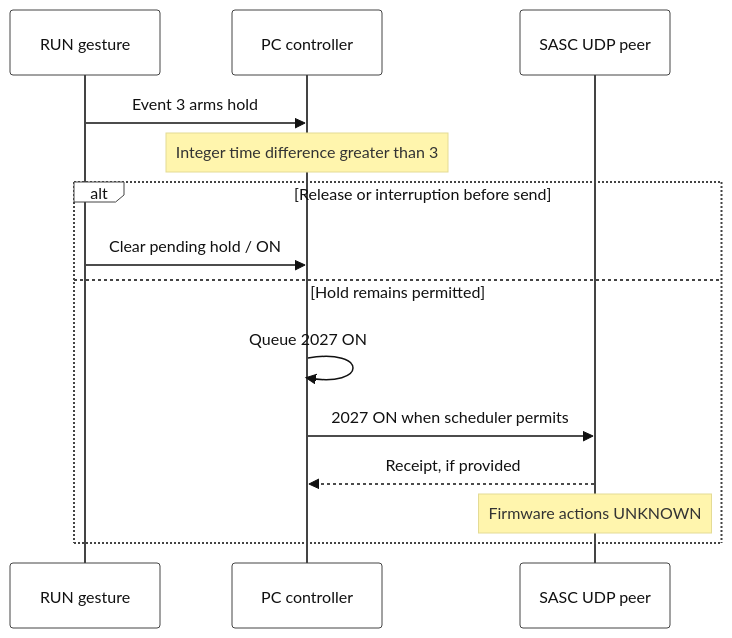
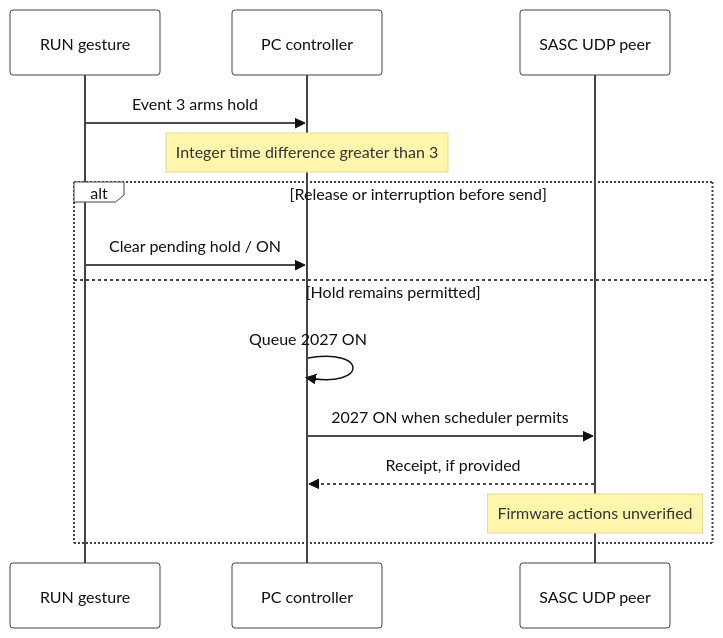
The second of 3 diagrams in docs/spitfire_control_flow/04_communication_sequence.md (El-Carretero/PY_SPF), drawn with Mermaid before and after one commit. The commit also changed other lines of this file and 150 other files, not shown here.

Commit message:
docs: simplify control diagrams and publish matching Korean edition

````diff
--- a/docs/spitfire_control_flow/04_communication_sequence.md
+++ b/docs/spitfire_control_flow/04_communication_sequence.md
@@ -84,18 +84,18 @@
 ```mermaid
 %% caption: Figure 4B. B — RUN request versus manufacturer start sequence
 %%{init: {'theme':'base','themeVariables':{'fontSize':'18px','primaryColor':'#ffffff','primaryTextColor':'#111111','primaryBorderColor':'#444444','lineColor':'#444444'},'sequence':{'htmlLabels':false,'actorMargin':30,'messageMargin':18}}}%%
 sequenceDiagram
     participant UI as RUN gesture
     participant PC as PC controller
     participant S as SASC UDP peer
     UI->>PC: Event 3 arms hold
     Note over PC: Integer time difference greater than 3
     alt Release or interruption before send
         UI->>PC: Clear pending hold / ON
     else Hold remains permitted
         PC->>PC: Queue 2027 ON
         PC->>S: 2027 ON when scheduler permits
         S-->>PC: Receipt, if provided
-        Note over S: Firmware actions UNKNOWN
+        Note over S: Firmware actions unverified
     end
 ```
````
